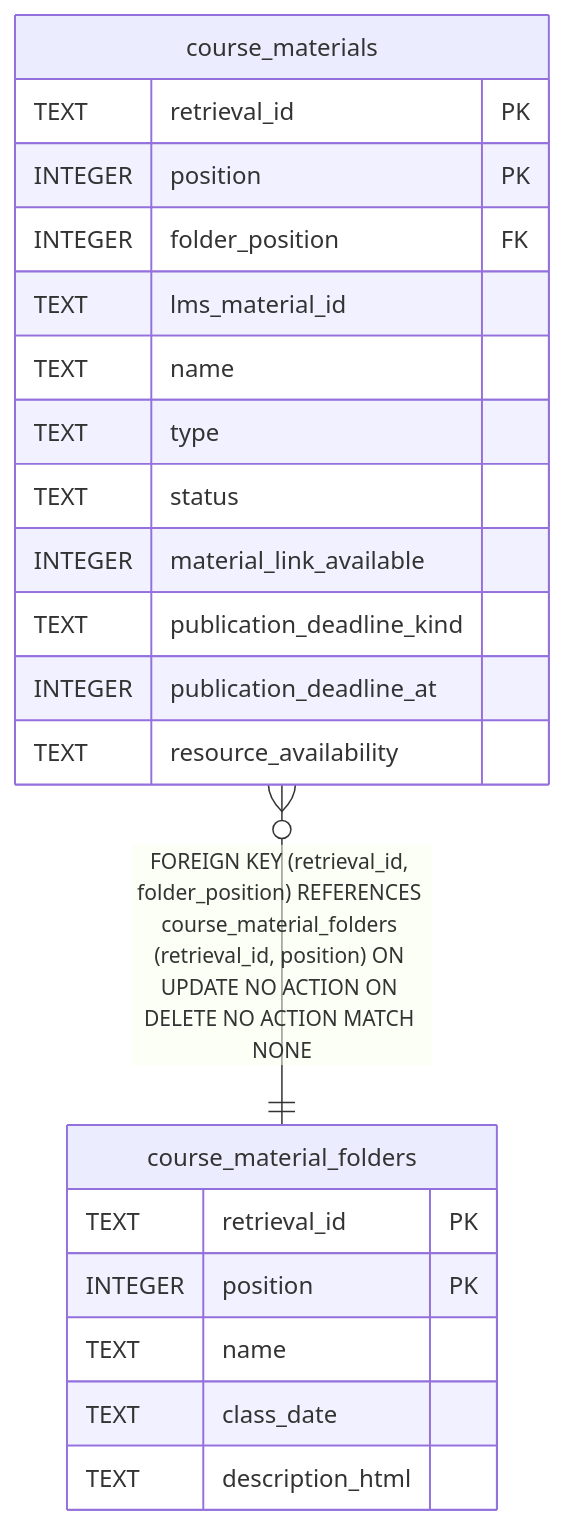
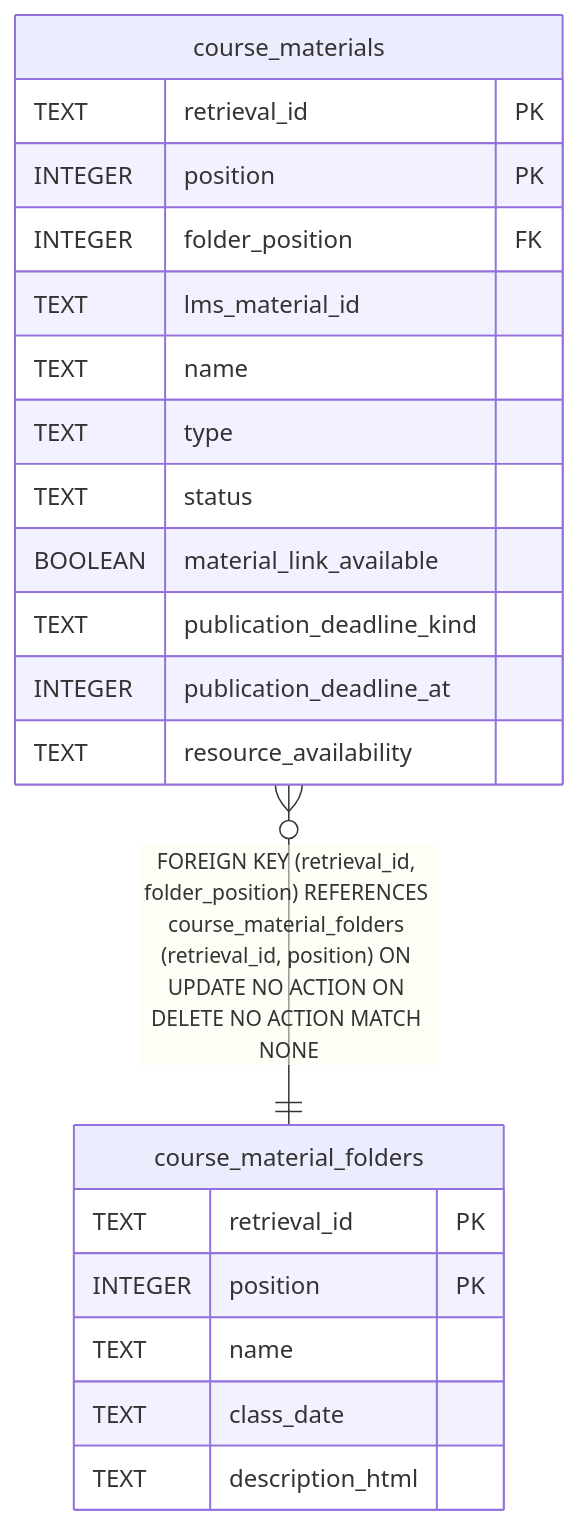
The diagram in docs/app-server-db/course_materials.md (futsuuu/ku-potato), drawn with Mermaid before and after one commit. The commit also changed other lines of this file and 276 other files, not shown here.

````diff
--- a/docs/app-server-db/course_materials.md
+++ b/docs/app-server-db/course_materials.md
@@ -83,26 +84,26 @@
 ```mermaid
 erDiagram
 
 "course_materials" }o--|| "course_material_folders" : "FOREIGN KEY (retrieval_id, folder_position) REFERENCES course_material_folders (retrieval_id, position) ON UPDATE NO ACTION ON DELETE NO ACTION MATCH NONE"
 
 "course_materials" {
   TEXT retrieval_id PK
   INTEGER position PK
   INTEGER folder_position FK
   TEXT lms_material_id
   TEXT name
   TEXT type
   TEXT status
-  INTEGER material_link_available
+  BOOLEAN material_link_available
   TEXT publication_deadline_kind
   INTEGER publication_deadline_at
   TEXT resource_availability
 }
 "course_material_folders" {
   TEXT retrieval_id PK
   INTEGER position PK
   TEXT name
   TEXT class_date
   TEXT description_html
 }
 ```
````
